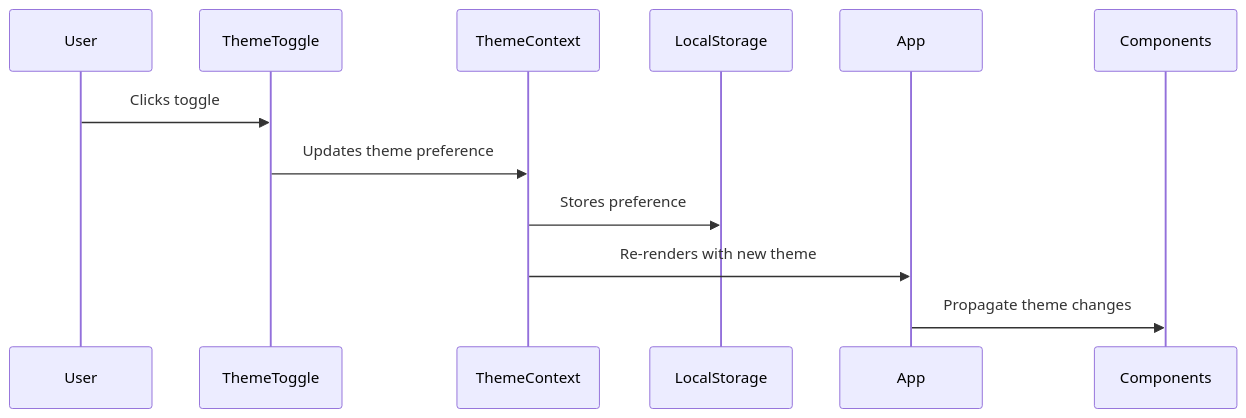
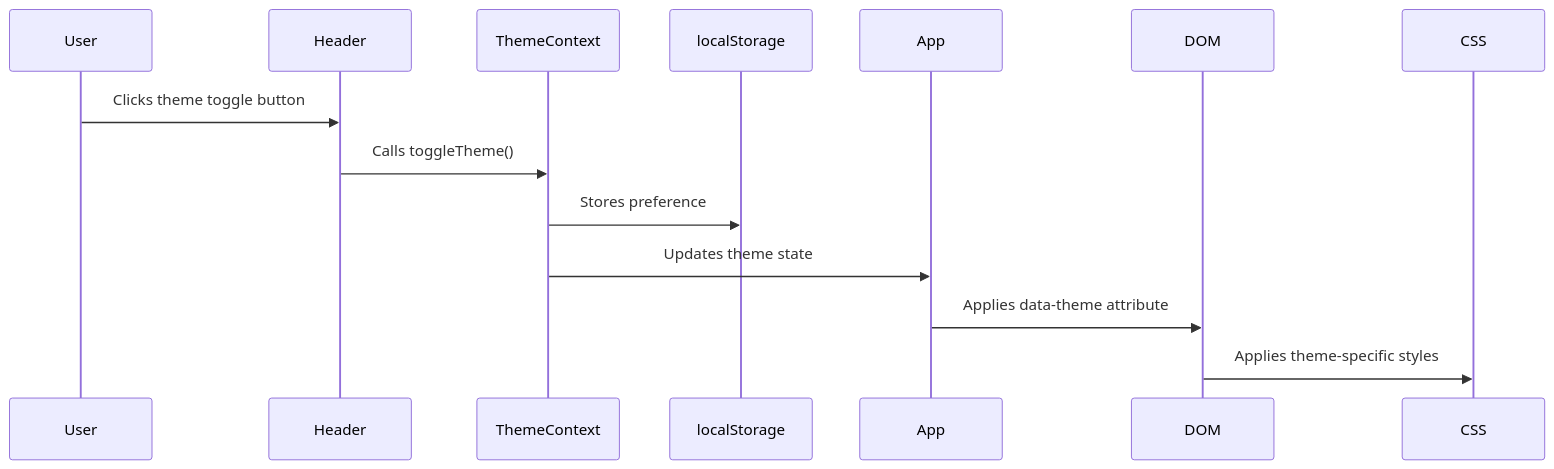
One commit to tatavarthiv/vijay-blog changed the second of 4 diagrams in memory-bank/systemPatterns.md. Above: the diagram before and after it, drawn with Mermaid. The commit also changed other lines of this file and 25 other files, not shown here.

````diff
--- a/memory-bank/systemPatterns.md
+++ b/memory-bank/systemPatterns.md
@@ -89,8 +91,9 @@
 ```mermaid
 sequenceDiagram
-    User->>ThemeToggle: Clicks toggle
-    ThemeToggle->>ThemeContext: Updates theme preference
-    ThemeContext->>LocalStorage: Stores preference
-    ThemeContext->>App: Re-renders with new theme
-    App->>Components: Propagate theme changes
+    User->>Header: Clicks theme toggle button
+    Header->>ThemeContext: Calls toggleTheme()
+    ThemeContext->>localStorage: Stores preference
+    ThemeContext->>App: Updates theme state
+    App->>DOM: Applies data-theme attribute
+    DOM->>CSS: Applies theme-specific styles
 ```
````
